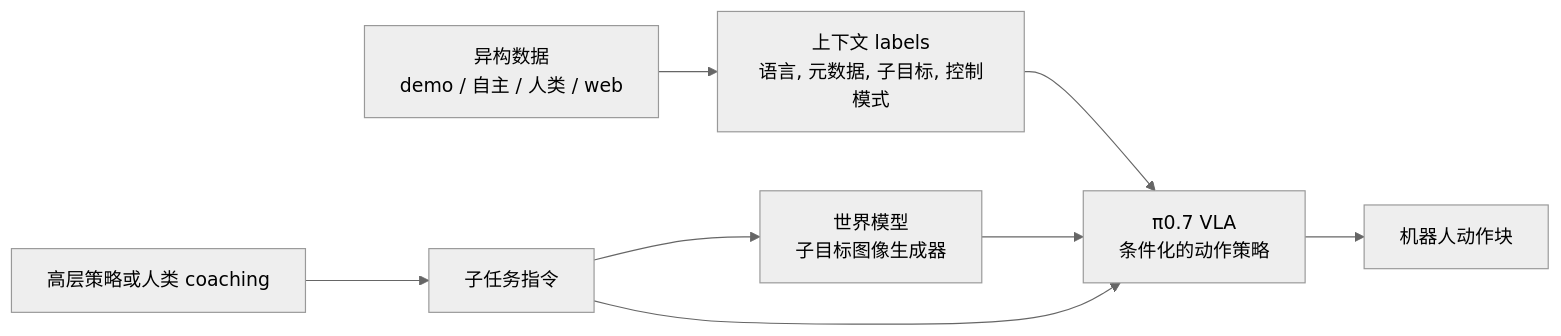
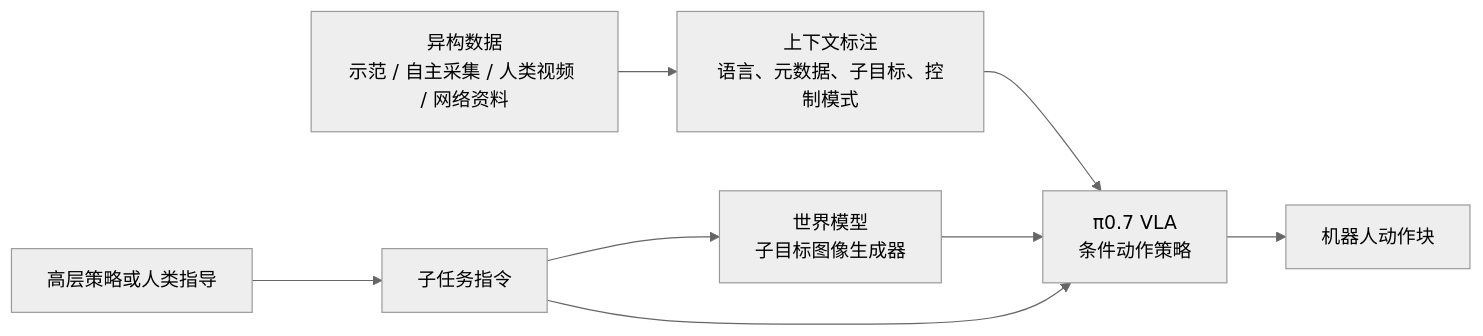
One commit to niuverse/llm-wiki changed the diagram in wiki/sources/pi07-steerable-generalist-robotic-foundation-model.md. Above: the diagram before and after it, drawn with Mermaid (neutral theme). The commit also changed other lines of this file and 222 other files, not shown here.

````diff
--- a/wiki/sources/pi07-steerable-generalist-robotic-foundation-model.md
+++ b/wiki/sources/pi07-steerable-generalist-robotic-foundation-model.md
@@ -67,10 +44,10 @@
 ```mermaid
 flowchart LR
-  A["异构数据<br/>demo / 自主 / 人类 / web"] --> B["上下文 labels<br/>语言, 元数据, 子目标, 控制模式"]
-  B --> C["π0.7 VLA<br/>条件化的动作策略"]
-  D["高层策略或人类 coaching"] --> E["子任务指令"]
+  A["异构数据<br/>示范 / 自主采集 / 人类视频 / 网络资料"] --> B["上下文标注<br/>语言、元数据、子目标、控制模式"]
+  B --> C["π0.7 VLA<br/>条件动作策略"]
+  D["高层策略或人类指导"] --> E["子任务指令"]
   E --> F["世界模型<br/>子目标图像生成器"]
   F --> C
   E --> C
   C --> G["机器人动作块"]
 ```
````
